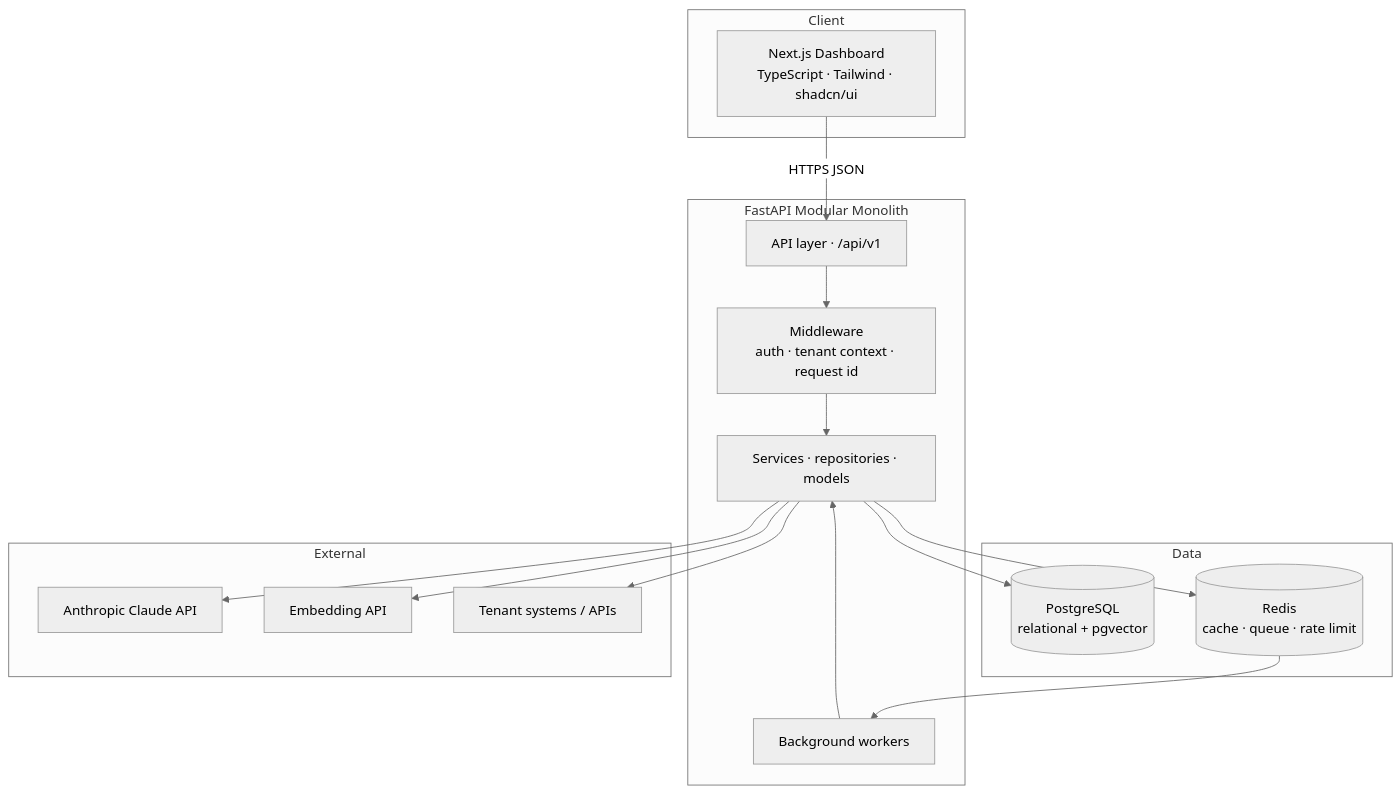
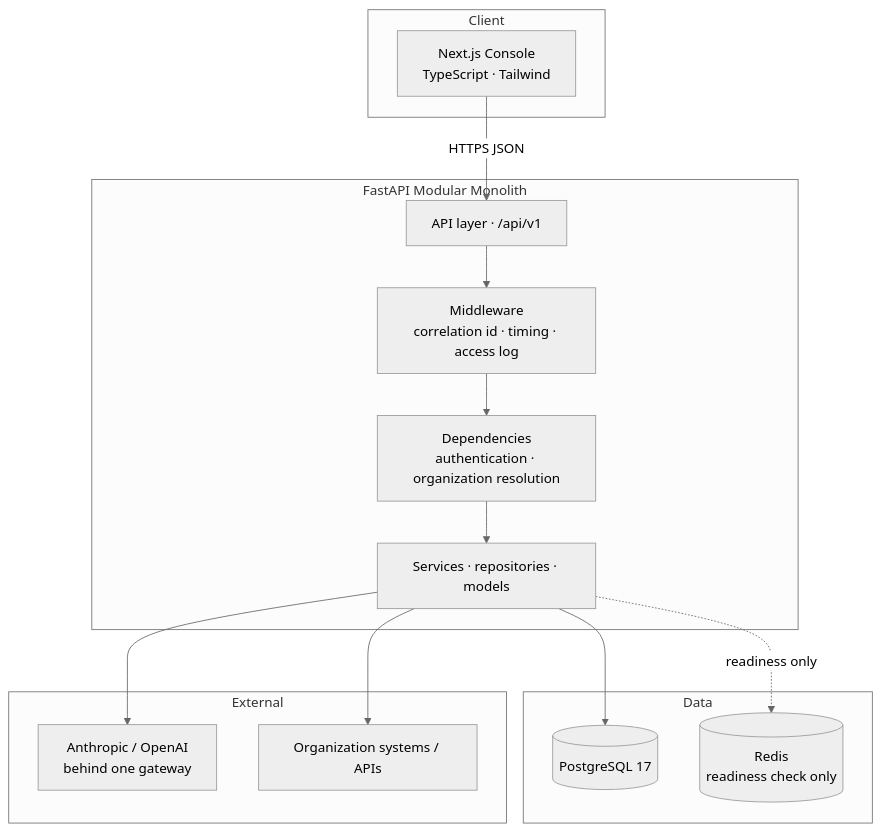
One commit to BelgdevKing/ai-operations-agent changed the first of 3 diagrams in docs/architecture.md. Above: the diagram before and after it, drawn with Mermaid (neutral theme). The commit also changed other lines of this file, not shown here.

````diff
--- a/docs/architecture.md
+++ b/docs/architecture.md
@@ -44,35 +44,32 @@
 ```mermaid
 flowchart TB
     subgraph Client
-        FE["Next.js Dashboard<br/>TypeScript · Tailwind · shadcn/ui"]
+        FE["Next.js Console<br/>TypeScript · Tailwind"]
     end
 
     subgraph Backend["FastAPI Modular Monolith"]
         API["API layer · /api/v1"]
-        MW["Middleware<br/>auth · tenant context · request id"]
+        MW["Middleware<br/>correlation id · timing · access log"]
+        DEP["Dependencies<br/>authentication · organization resolution"]
         MOD["Services · repositories · models"]
-        WRK["Background workers"]
     end
 
     subgraph Data
-        PG[("PostgreSQL<br/>relational + pgvector")]
-        RD[("Redis<br/>cache · queue · rate limit")]
+        PG[("PostgreSQL 17")]
+        RD[("Redis<br/>readiness check only")]
     end
 
     subgraph External
-        CL["Anthropic Claude API"]
-        EMB["Embedding API"]
-        EXT["Tenant systems / APIs"]
+        CL["Anthropic / OpenAI<br/>behind one gateway"]
+        EXT["Organization systems / APIs"]
     end
 
     FE -->|HTTPS JSON| API
     API --> MW
-    MW --> MOD
+    MW --> DEP
+    DEP --> MOD
     MOD --> PG
-    MOD --> RD
     MOD --> CL
-    MOD --> EMB
     MOD --> EXT
-    RD --> WRK
-    WRK --> MOD
+    MOD -.readiness only.-> RD
 ```
````
